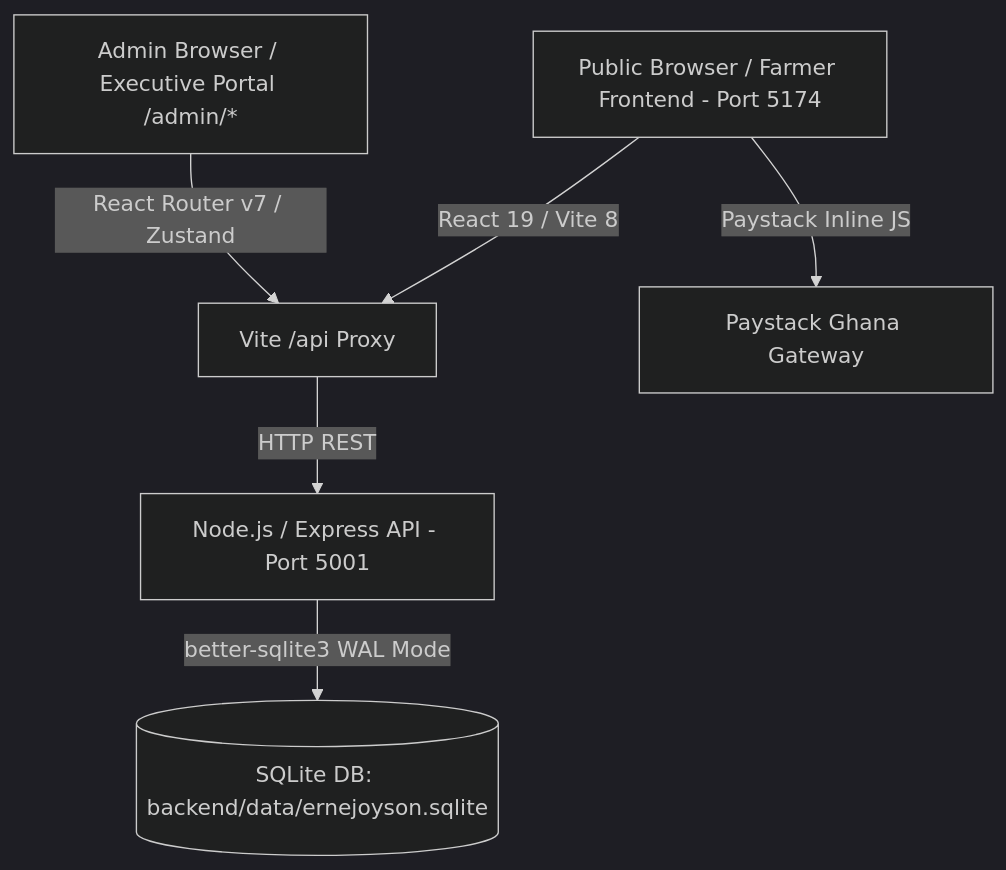
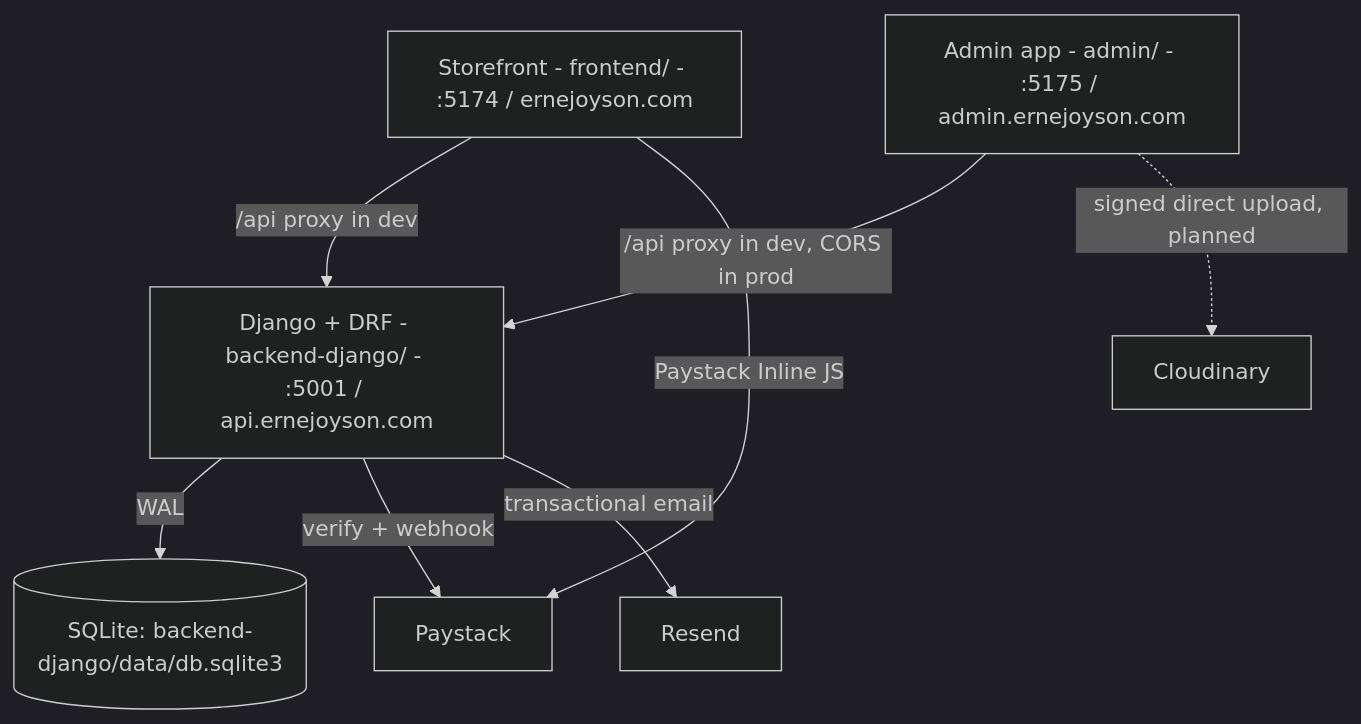
One commit to eugene-sew/ernejoyson-frontend- changed the diagram in memory.md. Above: the diagram before and after it, drawn with Mermaid (dark theme). The commit also changed other lines of this file and 10 other files, not shown here.

First line of the commit message:
refactor: move admin portal into separate admin app

````diff
--- a/memory.md
+++ b/memory.md
@@ -29,8 +31,10 @@
 ```mermaid
 graph TD
-    Client[Public Browser / Farmer Frontend - Port 5174] -->|React 19 / Vite 8| Proxy[Vite /api Proxy]
-    Admin[Admin Browser / Executive Portal /admin/*] -->|React Router v7 / Zustand| Proxy
-    Proxy -->|HTTP REST| Backend[Node.js / Express API - Port 5001]
-    Backend -->|better-sqlite3 WAL Mode| DB[(SQLite DB: backend/data/ernejoyson.sqlite)]
-    Client -->|Paystack Inline JS| Paystack[Paystack Ghana Gateway]
+    Shop[Storefront - frontend/ - :5174 / ernejoyson.com] -->|/api proxy in dev| API
+    Admin[Admin app - admin/ - :5175 / admin.ernejoyson.com] -->|/api proxy in dev, CORS in prod| API
+    API[Django + DRF - backend-django/ - :5001 / api.ernejoyson.com] -->|WAL| DB[(SQLite: backend-django/data/db.sqlite3)]
+    API -->|verify + webhook| Paystack
+    API -->|transactional email| Resend
+    Admin -.->|signed direct upload, planned| Cloudinary
+    Shop -->|Paystack Inline JS| Paystack
 ```
````
